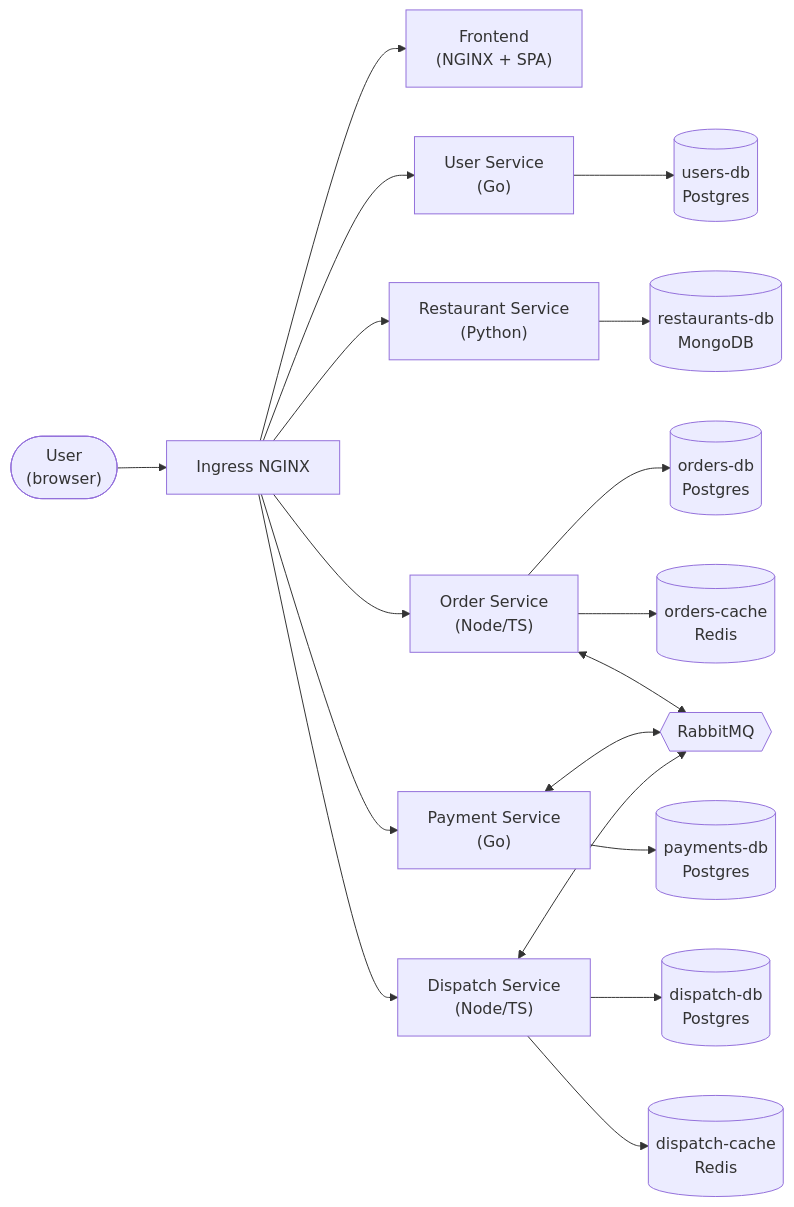
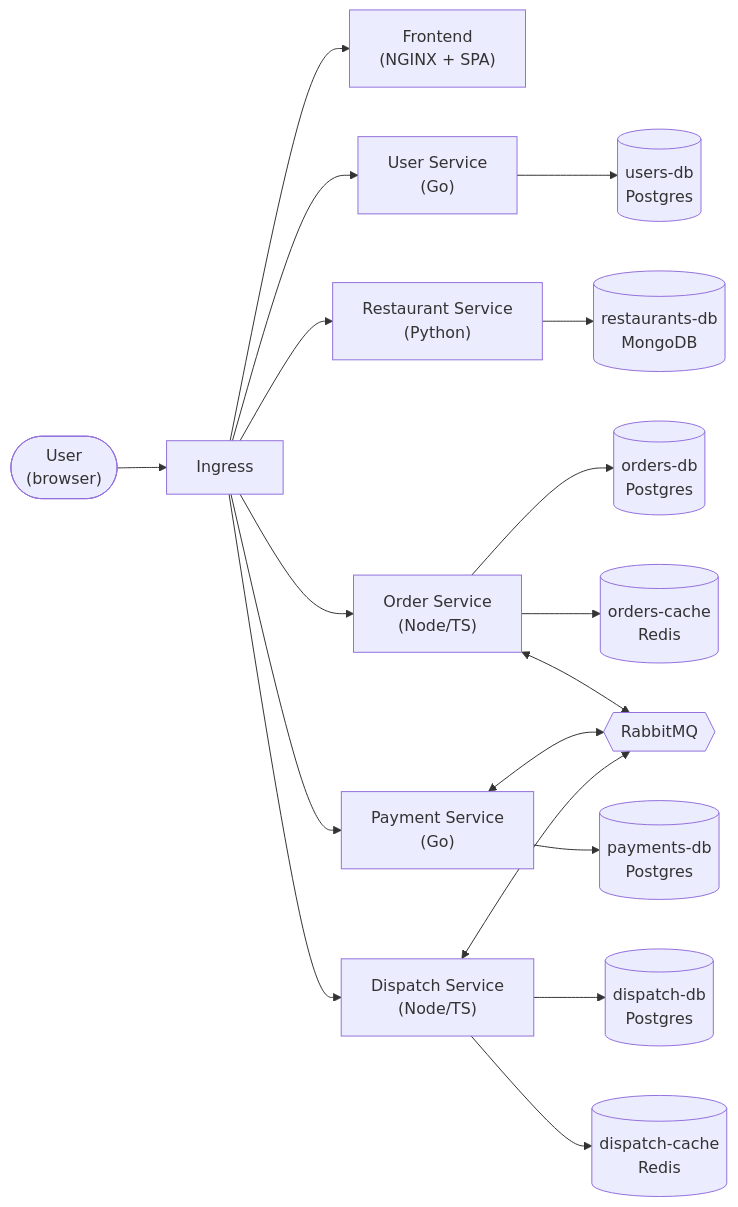
Before and after one commit to ThePainTester/food-delivery: the first of 8 diagrams in README.md, drawn with Mermaid.

````diff
--- a/README.md
+++ b/README.md
@@ -29,23 +29,23 @@
 ```mermaid
 flowchart LR
-  user(["User<br/>(browser)"]) --> ing["Ingress NGINX"]
+  user(["User<br/>(browser)"]) --> ing["Ingress"]
 
   ing --> fe["Frontend<br/>(NGINX + SPA)"]
   ing --> us["User Service<br/>(Go)"]
   ing --> rs["Restaurant Service<br/>(Python)"]
   ing --> os["Order Service<br/>(Node/TS)"]
   ing --> ps["Payment Service<br/>(Go)"]
   ing --> ds["Dispatch Service<br/>(Node/TS)"]
 
   us --> usdb[("users-db<br/>Postgres")]
   rs --> rsdb[("restaurants-db<br/>MongoDB")]
   os --> osdb[("orders-db<br/>Postgres")]
   os --> orc[("orders-cache<br/>Redis")]
   ps --> psdb[("payments-db<br/>Postgres")]
   ds --> dsdb[("dispatch-db<br/>Postgres")]
   ds --> dsc[("dispatch-cache<br/>Redis")]
 
   os <--> mq{{"RabbitMQ"}}
   ps <--> mq
   ds <--> mq
 ```
````
